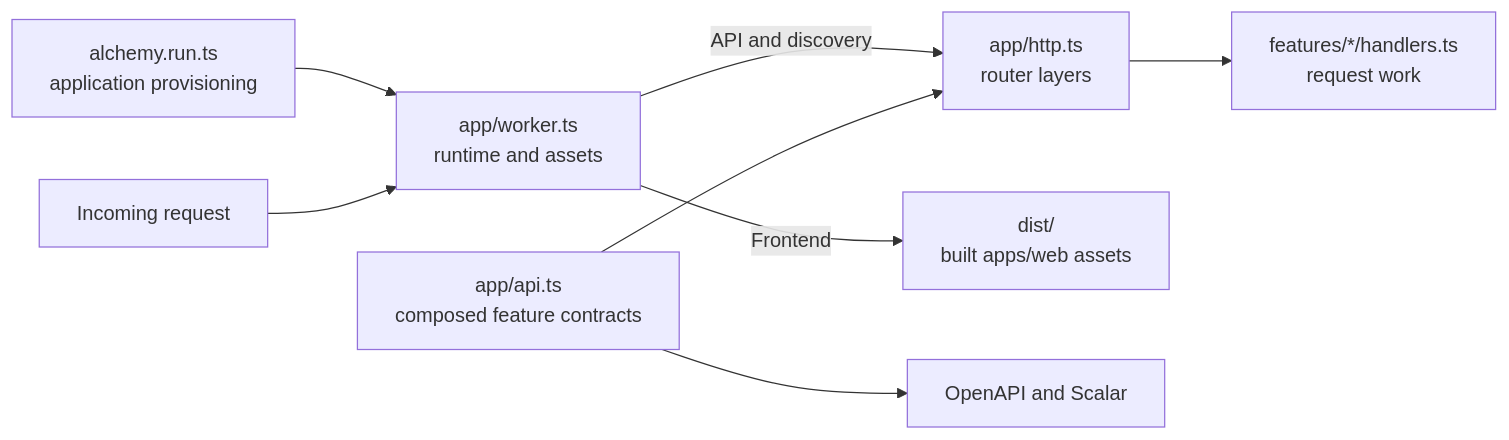
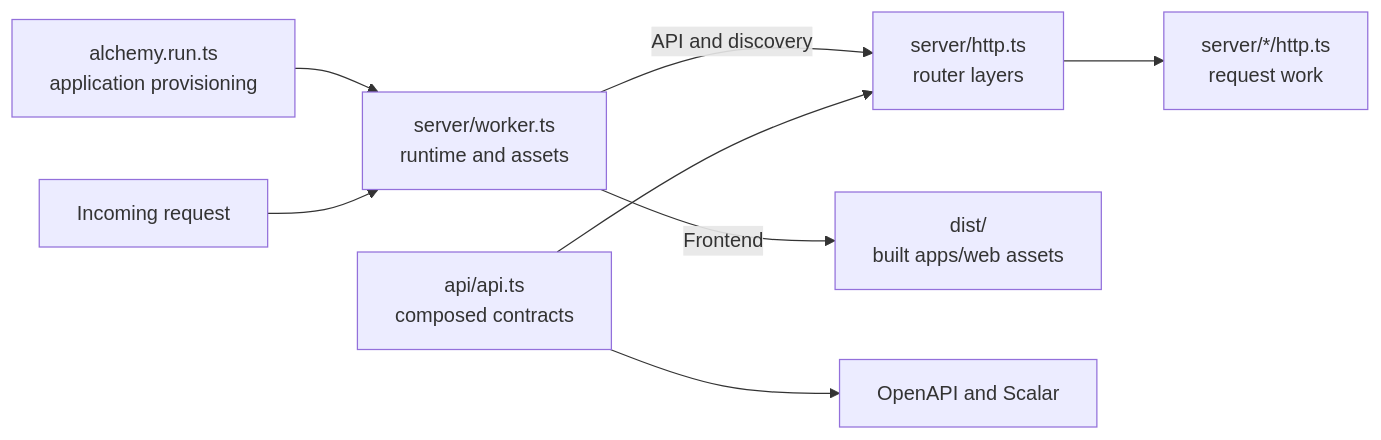
Before and after one commit to aidenzepp/cloudflare-monorepo-template: the diagram in docs/onboarding.md, drawn with Mermaid. The commit also changed other lines of this file and 23 other files, not shown here.

First line of the commit message:
refactor(api): split contracts from server assembly

````diff
--- a/docs/onboarding.md
+++ b/docs/onboarding.md
@@ -13,10 +13,10 @@
 ```mermaid
 flowchart LR
-  Stack["alchemy.run.ts<br/>application provisioning"] --> Worker["app/worker.ts<br/>runtime and assets"]
+  Stack["alchemy.run.ts<br/>application provisioning"] --> Worker["server/worker.ts<br/>runtime and assets"]
   Request["Incoming request"] --> Worker
-  Worker -->|API and discovery| HTTP["app/http.ts<br/>router layers"]
+  Worker -->|API and discovery| HTTP["server/http.ts<br/>router layers"]
   Worker -->|Frontend| Assets["dist/<br/>built apps/web assets"]
-  HTTP --> Handlers["features/*/handlers.ts<br/>request work"]
-  Api["app/api.ts<br/>composed feature contracts"] --> HTTP
+  HTTP --> Handlers["server/*/http.ts<br/>request work"]
+  Api["api/api.ts<br/>composed contracts"] --> HTTP
   Api --> OpenAPI["OpenAPI and Scalar"]
 ```
````
